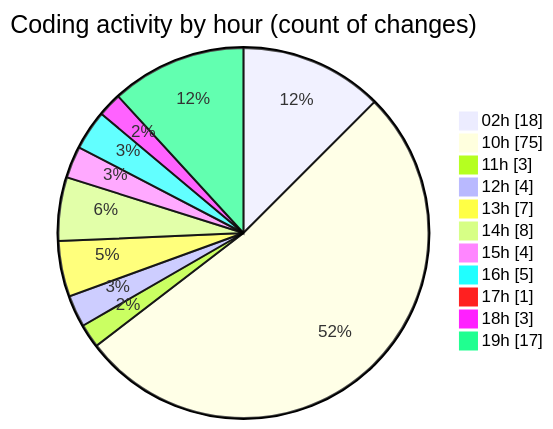
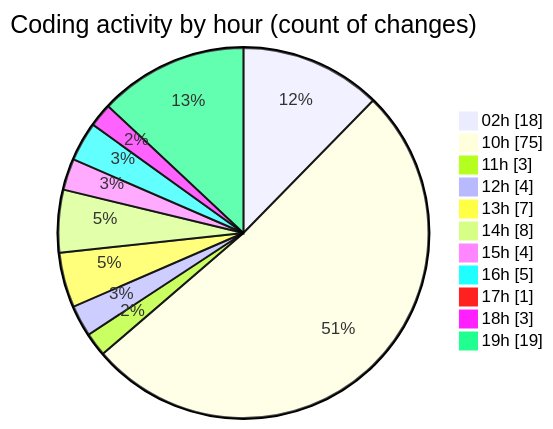
The second of 2 diagrams in 2026-07-08/twenty_versions_aminor/README.md (shibass792/code-tracking), drawn with Mermaid before and after one commit. The commit also changed other lines of this file and 1 other file, not shown here.

````diff
--- a/2026-07-08/twenty_versions_aminor/README.md
+++ b/2026-07-08/twenty_versions_aminor/README.md
@@ -47,15 +48,15 @@
 ```mermaid
 pie showData
 title Coding activity by hour (count of changes)
 "02h" : 18
 "10h" : 75
 "11h" : 3
 "12h" : 4
 "13h" : 7
 "14h" : 8
 "15h" : 4
 "16h" : 5
 "17h" : 1
 "18h" : 3
-"19h" : 17
+"19h" : 19
 ```
````
